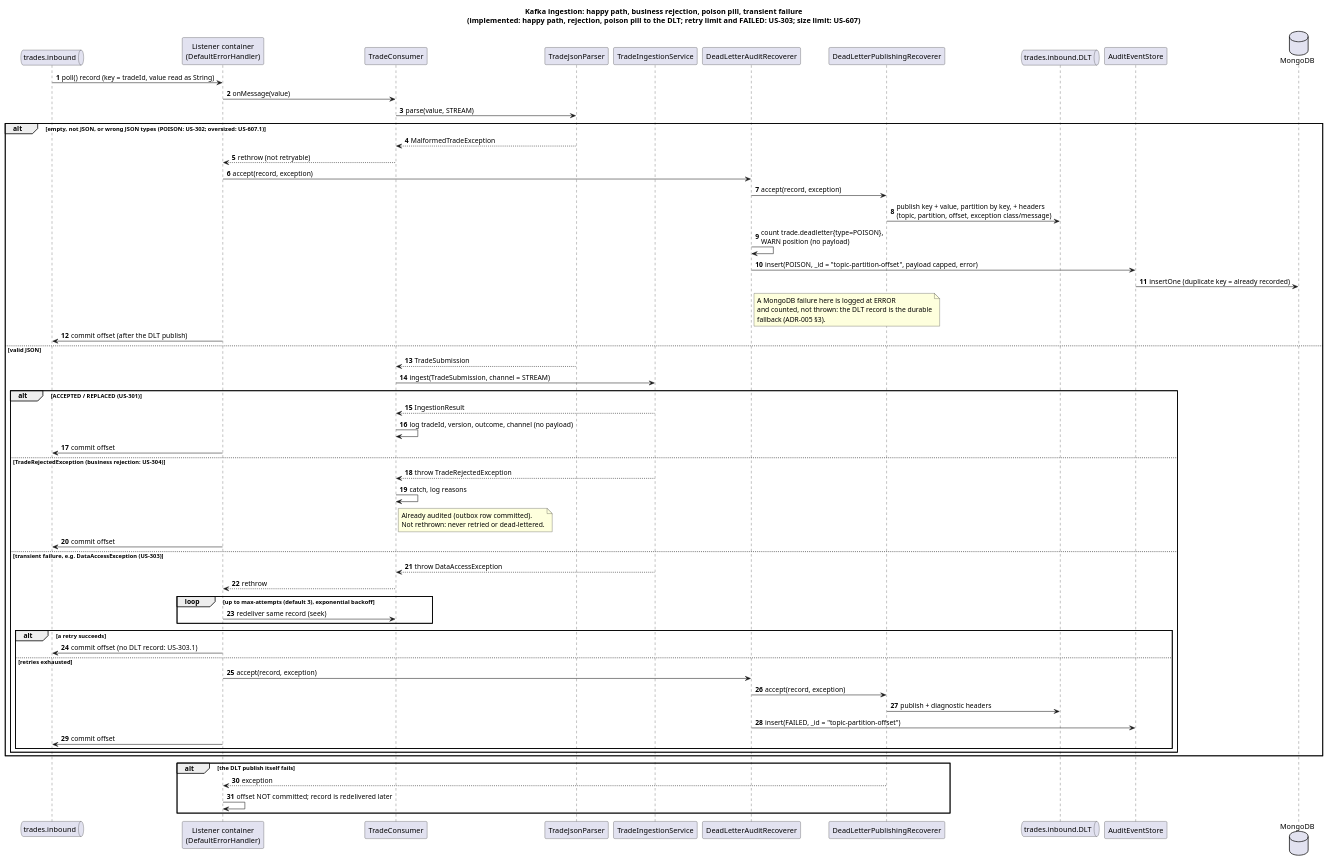
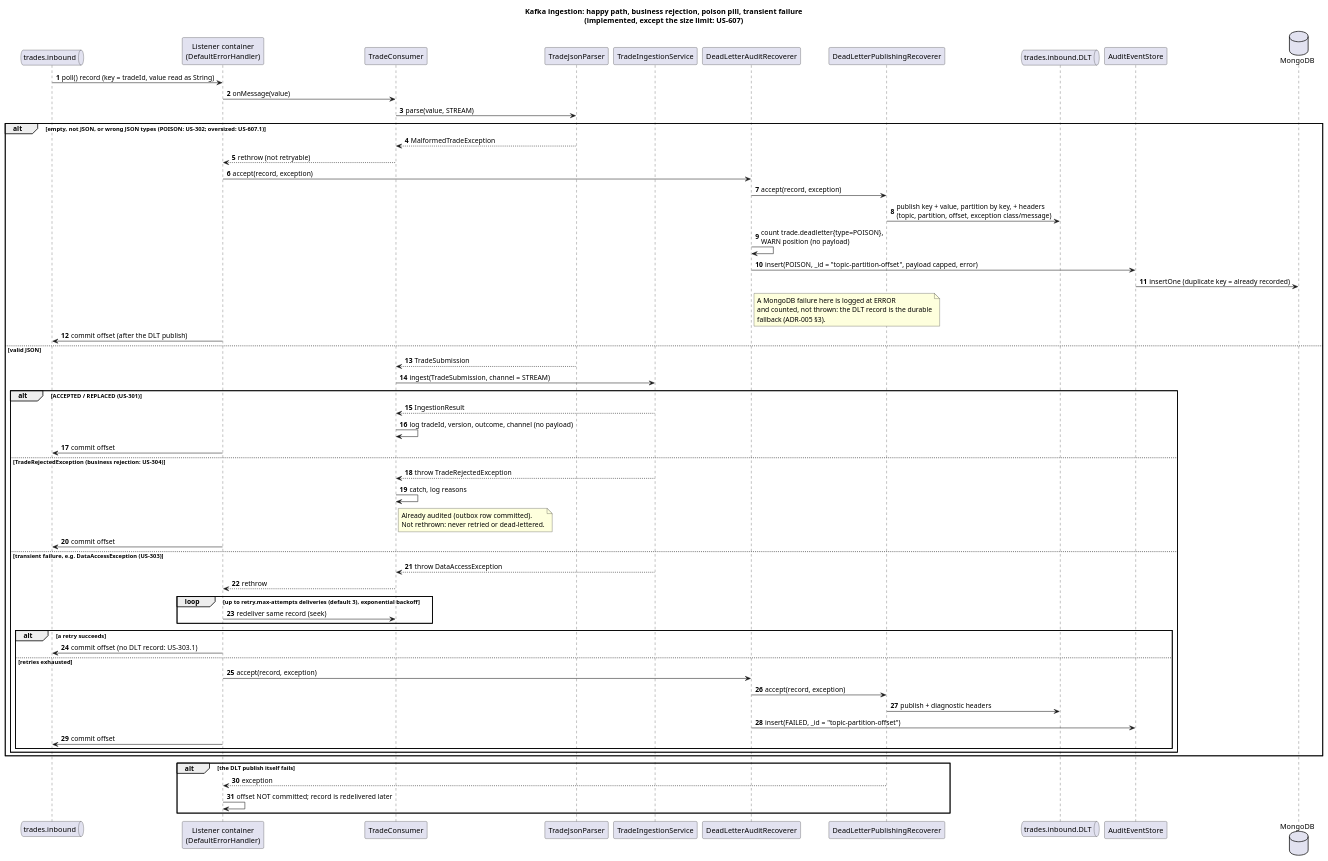
Before and after one commit to kuldipkumar/Trade-store: the diagram in docs/diagrams/05-seq-stream-ingestion.puml, drawn with PlantUML. The commit also changed 4 other files, not shown here.

Commit message:
docs: US-303 test review, stream sequence diagram title, PROMPTS; traceability

```diff
--- a/docs/diagrams/05-seq-stream-ingestion.puml
+++ b/docs/diagrams/05-seq-stream-ingestion.puml
@@ -1,77 +1,77 @@
 @startuml 05-seq-stream-ingestion
-title Kafka ingestion: happy path, business rejection, poison pill, transient failure\n(implemented: happy path, rejection, poison pill to the DLT; retry limit and FAILED: US-303; size limit: US-607)
+title Kafka ingestion: happy path, business rejection, poison pill, transient failure\n(implemented, except the size limit: US-607)
 
 autonumber
 queue "trades.inbound" as Topic
 participant "Listener container\n(DefaultErrorHandler)" as Container
 participant TradeConsumer
 participant TradeJsonParser
 participant TradeIngestionService
 participant DeadLetterAuditRecoverer
 participant DeadLetterPublishingRecoverer
 queue "trades.inbound.DLT" as DLT
 participant AuditEventStore
 database MongoDB
 
 Topic -> Container : poll() record (key = tradeId, value read as String)
 Container -> TradeConsumer : onMessage(value)
 TradeConsumer -> TradeJsonParser : parse(value, STREAM)
 
 alt empty, not JSON, or wrong JSON types (POISON: US-302; oversized: US-607.1)
   TradeJsonParser --> TradeConsumer : MalformedTradeException
   TradeConsumer --> Container : rethrow (not retryable)
   Container -> DeadLetterAuditRecoverer : accept(record, exception)
   DeadLetterAuditRecoverer -> DeadLetterPublishingRecoverer : accept(record, exception)
   DeadLetterPublishingRecoverer -> DLT : publish key + value, partition by key, + headers\n(topic, partition, offset, exception class/message)
   DeadLetterAuditRecoverer -> DeadLetterAuditRecoverer : count trade.deadletter{type=POISON},\nWARN position (no payload)
   DeadLetterAuditRecoverer -> AuditEventStore : insert(POISON, _id = "topic-partition-offset", payload capped, error)
   AuditEventStore -> MongoDB : insertOne (duplicate key = already recorded)
   note right of DeadLetterAuditRecoverer
     A MongoDB failure here is logged at ERROR
     and counted, not thrown: the DLT record is the durable
     fallback (ADR-005 §3).
   end note
   Container -> Topic : commit offset (after the DLT publish)
 
 else valid JSON
   TradeJsonParser --> TradeConsumer : TradeSubmission
   TradeConsumer -> TradeIngestionService : ingest(TradeSubmission, channel = STREAM)
 
   alt ACCEPTED / REPLACED (US-301)
     TradeIngestionService --> TradeConsumer : IngestionResult
     TradeConsumer -> TradeConsumer : log tradeId, version, outcome, channel (no payload)
     Container -> Topic : commit offset
 
   else TradeRejectedException (business rejection: US-304)
     TradeIngestionService --> TradeConsumer : throw TradeRejectedException
     TradeConsumer -> TradeConsumer : catch, log reasons
     note right of TradeConsumer
       Already audited (outbox row committed).
       Not rethrown: never retried or dead-lettered.
     end note
     Container -> Topic : commit offset
 
   else transient failure, e.g. DataAccessException (US-303)
     TradeIngestionService --> TradeConsumer : throw DataAccessException
     TradeConsumer --> Container : rethrow
-    loop up to max-attempts (default 3), exponential backoff
+    loop up to retry.max-attempts deliveries (default 3), exponential backoff
       Container -> TradeConsumer : redeliver same record (seek)
     end
     alt a retry succeeds
       Container -> Topic : commit offset (no DLT record: US-303.1)
     else retries exhausted
       Container -> DeadLetterAuditRecoverer : accept(record, exception)
       DeadLetterAuditRecoverer -> DeadLetterPublishingRecoverer : accept(record, exception)
       DeadLetterPublishingRecoverer -> DLT : publish + diagnostic headers
       DeadLetterAuditRecoverer -> AuditEventStore : insert(FAILED, _id = "topic-partition-offset")
       Container -> Topic : commit offset
     end
   end
 end
 
 alt the DLT publish itself fails
   DeadLetterPublishingRecoverer --> Container : exception
   Container -> Container : offset NOT committed; record is redelivered later
 end
 
 @enduml
```
